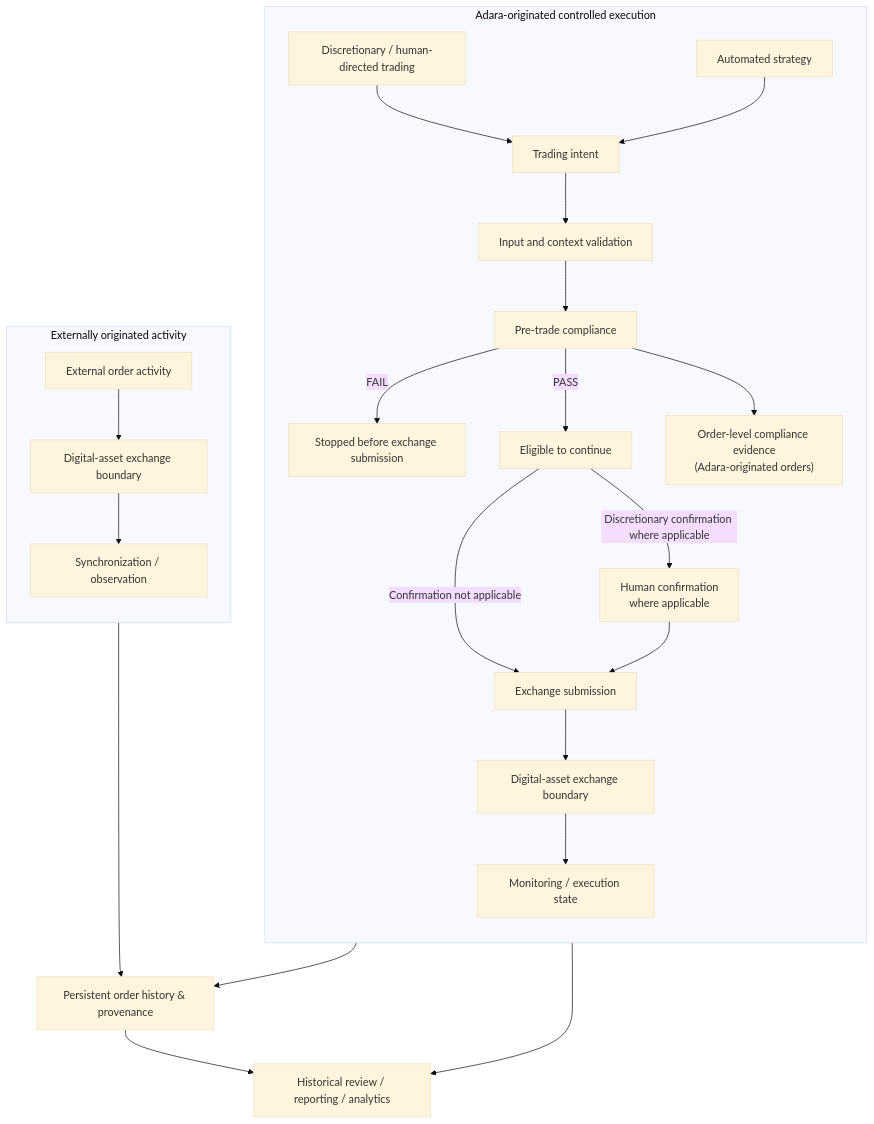
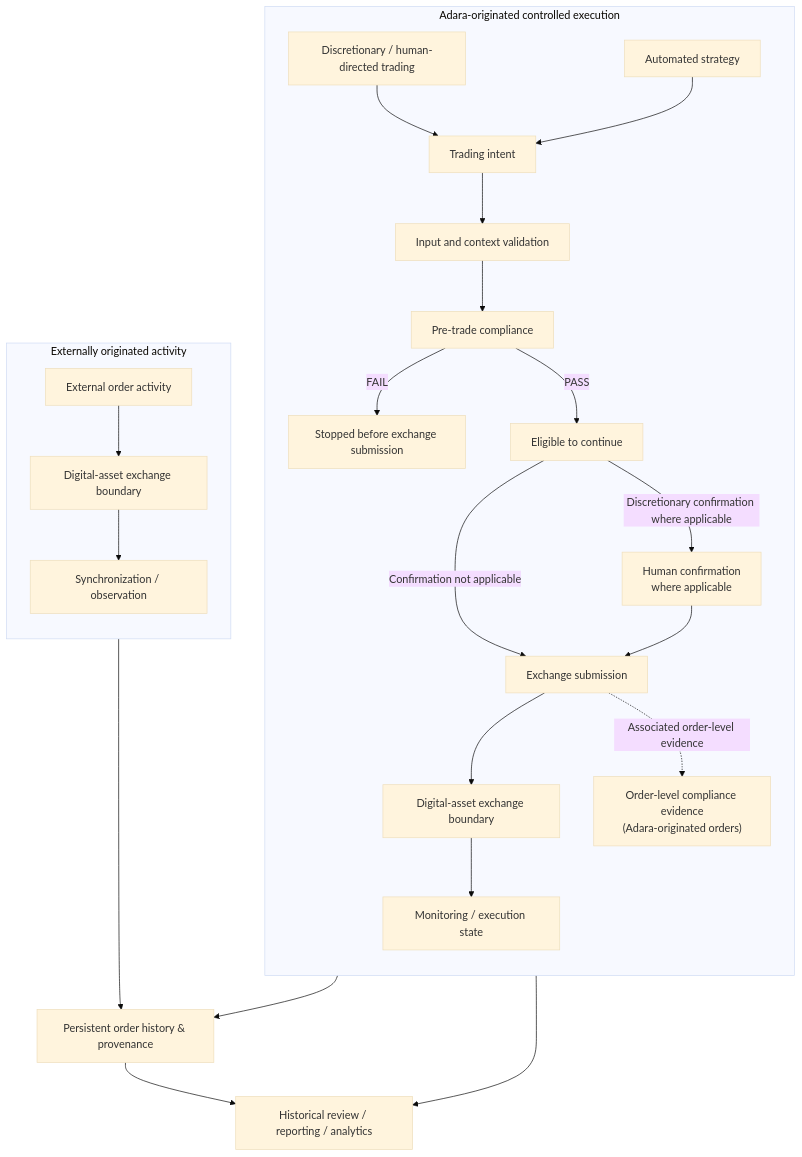
Before and after one commit to gabrielesor/adara-public-case-study: the diagram in diagrams/order-lifecycle.md, drawn with Mermaid (base theme). The commit also changed other lines of this file and 3 other files, not shown here.

````diff
--- a/diagrams/order-lifecycle.md
+++ b/diagrams/order-lifecycle.md
@@ -5,49 +5,49 @@
 ```mermaid
 flowchart TB
     subgraph controlled["Adara-originated controlled execution"]
         direction TB
         human["Discretionary / human-directed trading"]
         automated["Automated strategy"]
         intent["Trading intent"]
         validation["Input and context validation"]
         compliance["Pre-trade compliance"]
         stopped["Stopped before exchange submission"]
         continuation["Eligible to continue"]
         confirmation["Human confirmation<br/>where applicable"]
         submission["Exchange submission"]
         submittedExchange["Digital-asset exchange boundary"]
         monitoring["Monitoring / execution state"]
         evidence["Order-level compliance evidence<br/>(Adara-originated orders)"]
 
         human --> intent
         automated --> intent
         intent --> validation
         validation --> compliance
         compliance -->|"FAIL"| stopped
         compliance -->|"PASS"| continuation
         continuation -->|"Confirmation not applicable"| submission
         continuation -->|"Discretionary confirmation where applicable"| confirmation
         confirmation --> submission
         submission --> submittedExchange
         submittedExchange --> monitoring
-        compliance --> evidence
+        submission -.->|"Associated order-level evidence"| evidence
     end
 
     subgraph external["Externally originated activity"]
         direction TB
         externalActivity["External order activity"]
         observedExchange["Digital-asset exchange boundary"]
         synchronization["Synchronization / observation"]
 
         externalActivity --> observedExchange
         observedExchange --> synchronization
     end
 
     history["Persistent order history & provenance"]
     outputs["Historical review / reporting / analytics"]
 
     monitoring --> history
     synchronization --> history
     evidence --> outputs
     history --> outputs
 ```
````
